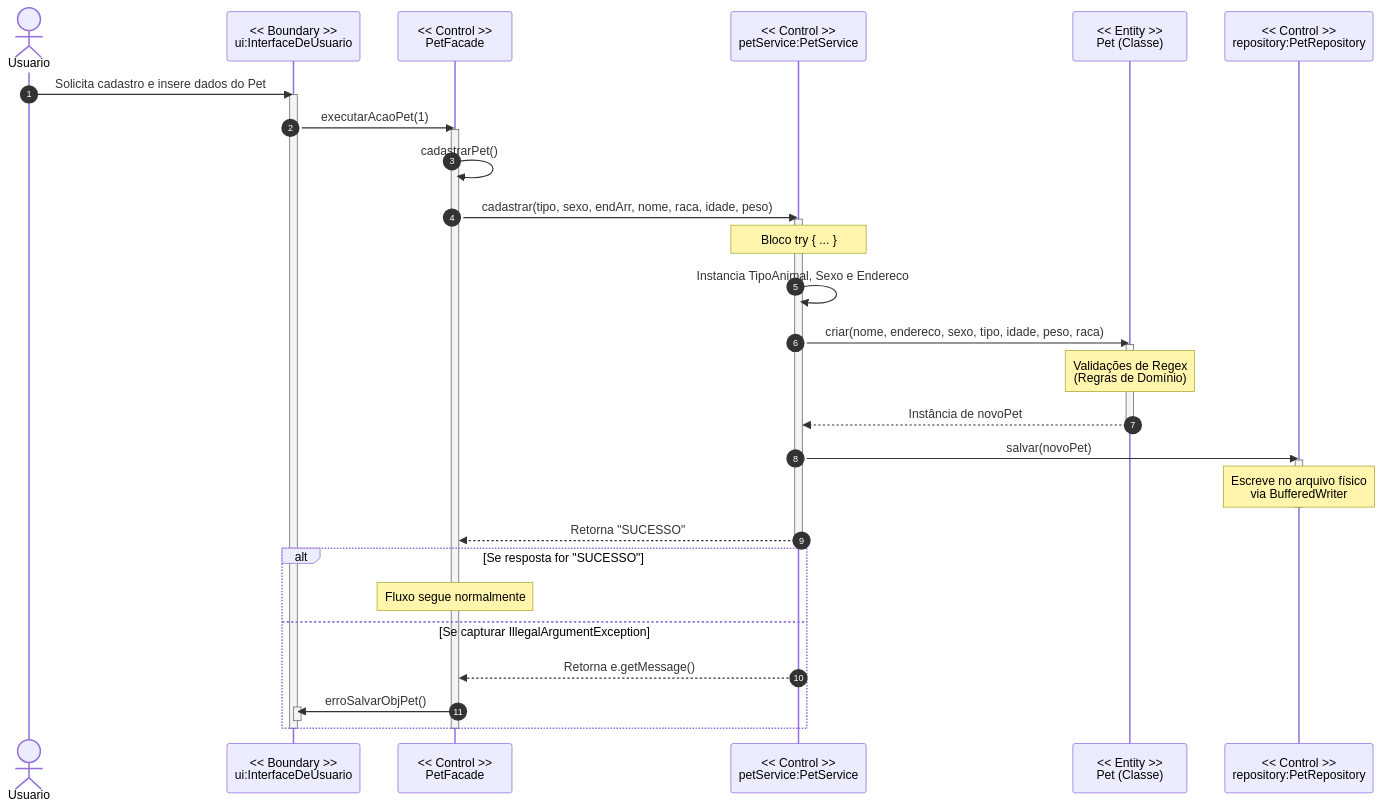
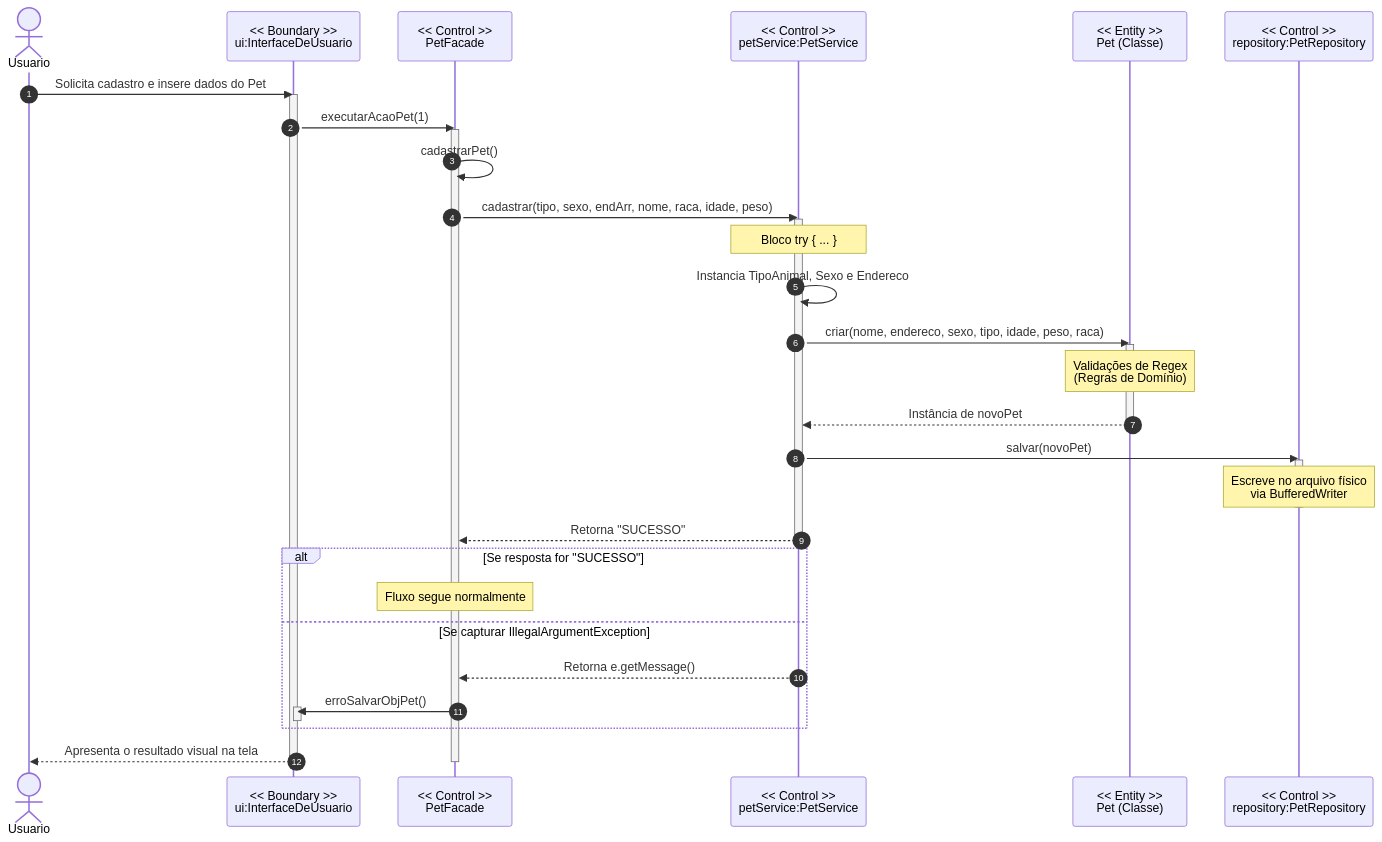
Before and after one commit to software-engineering-labs-ifrn/2026-1-Kaua-henrique: the second of 4 diagrams in docs/modelagem/DIAGRAMA_DE_SEQUENCIA.md, drawn with Mermaid. The commit also changed other lines of this file, not shown here.

Commit message:
docs: atualizar diagramas de sequencia com o retorno explicito para o usuario

````diff
--- a/docs/modelagem/DIAGRAMA_DE_SEQUENCIA.md
+++ b/docs/modelagem/DIAGRAMA_DE_SEQUENCIA.md
@@ -96,49 +95,49 @@
 ```mermaid
 sequenceDiagram
     autonumber
     actor Usuario
     participant UI as << Boundary >><br/>ui:InterfaceDeUsuario
     participant Facade as << Control >><br/>PetFacade
     participant Service as << Control >><br/>petService:PetService
     participant PetClass as << Entity >><br/>Pet (Classe)
     participant Repo as << Control >><br/>repository:PetRepository
 
     Usuario->>UI: Solicita cadastro e insere dados do Pet
     activate UI
 
     UI->>Facade: executarAcaoPet(1)
     activate Facade
     Facade->>Facade: cadastrarPet()
 
     Facade->>Service: cadastrar(tipo, sexo, endArr, nome, raca, idade, peso)
     activate Service
 
     Note over Service: Bloco try { ... }
     Service->>Service: Instancia TipoAnimal, Sexo e Endereco
 
     Service->>PetClass: criar(nome, endereco, sexo, tipo, idade, peso, raca)
     activate PetClass
     Note over PetClass: Validações de Regex<br/>(Regras de Domínio)
     PetClass-->>Service: Instância de novoPet
     deactivate PetClass
 
     Service->>Repo: salvar(novoPet)
     activate Repo
     Note over Repo: Escreve no arquivo físico<br/>via BufferedWriter
     deactivate Repo
 
     Service-->>Facade: Retorna "SUCESSO"
     deactivate Service
 
     alt Se resposta for "SUCESSO"
         Note over Facade: Fluxo segue normalmente
     else Se capturar IllegalArgumentException
         Service-->>Facade: Retorna e.getMessage()
         Facade->>UI: erroSalvarObjPet()
         activate UI
         deactivate UI
     end
-
+    UI-->>Usuario: Apresenta o resultado visual na tela
     deactivate Facade
     deactivate UI
 ```
````
